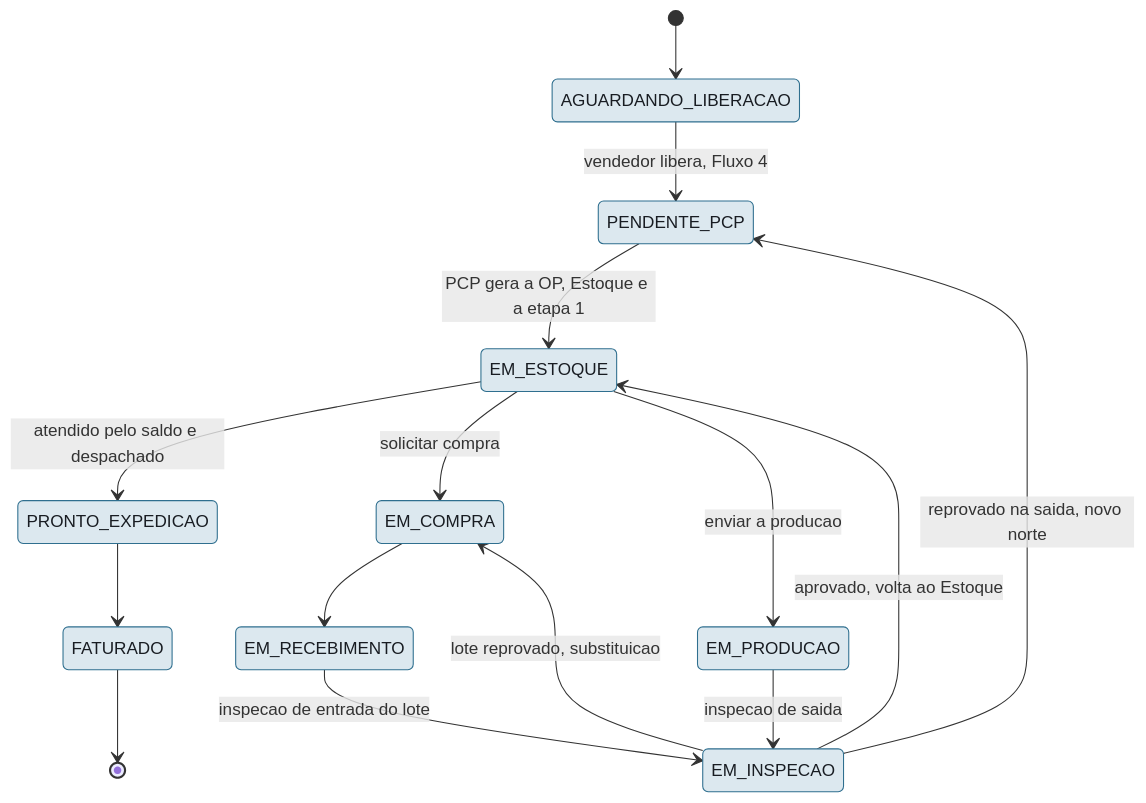
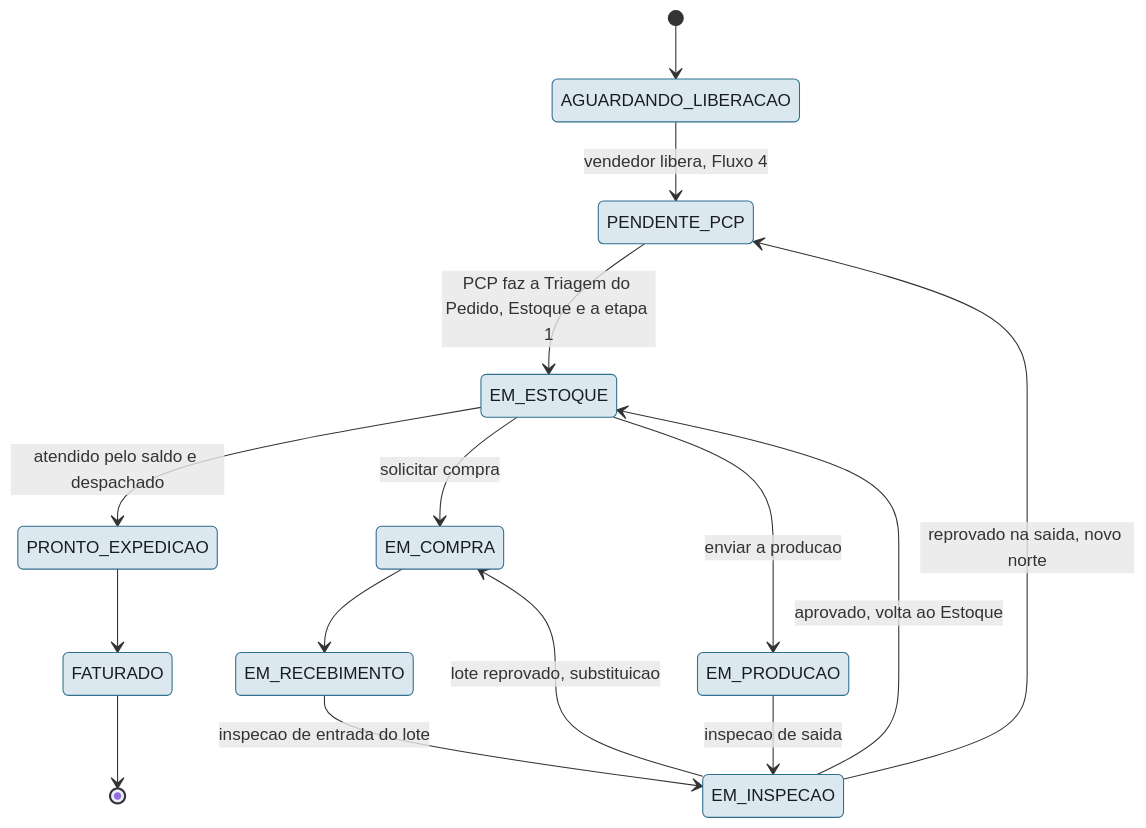
Diagram 14 of 31 in 04-Arquitetura-Transversal/Diagramas-UML.md (Acosvital/vault-avhub-mer), drawn with Mermaid before and after one commit. The commit also changed other lines of this file and 9 other files, not shown here.

First line of the commit message:
docs(vault): etapa do PCP passa a se chamar Triagem do Pedido; diagrama de atividades corrigido (confirmacao, laco de rodada, marcacao da Qualidade)

````diff
--- a/04-Arquitetura-Transversal/Diagramas-UML.md
+++ b/04-Arquitetura-Transversal/Diagramas-UML.md
@@ -910,20 +911,20 @@
 ```mermaid
 stateDiagram-v2
     [*] --> AGUARDANDO_LIBERACAO
     AGUARDANDO_LIBERACAO --> PENDENTE_PCP : vendedor libera, Fluxo 4
-    PENDENTE_PCP --> EM_ESTOQUE : PCP gera a OP, Estoque e a etapa 1
+    PENDENTE_PCP --> EM_ESTOQUE : PCP faz a Triagem do Pedido, Estoque e a etapa 1
     EM_ESTOQUE --> PRONTO_EXPEDICAO : atendido pelo saldo e despachado
     EM_ESTOQUE --> EM_COMPRA : solicitar compra
     EM_ESTOQUE --> EM_PRODUCAO : enviar a producao
     EM_COMPRA --> EM_RECEBIMENTO
     EM_RECEBIMENTO --> EM_INSPECAO : inspecao de entrada do lote
     EM_PRODUCAO --> EM_INSPECAO : inspecao de saida
     EM_INSPECAO --> EM_ESTOQUE : aprovado, volta ao Estoque
     EM_INSPECAO --> EM_COMPRA : lote reprovado, substituicao
     EM_INSPECAO --> PENDENTE_PCP : reprovado na saida, novo norte
     PRONTO_EXPEDICAO --> FATURADO
     FATURADO --> [*]
 
     classDef pcpStyle fill:#dce8ef,stroke:#2f6f8f,color:#181c22
     class AGUARDANDO_LIBERACAO,PENDENTE_PCP,EM_COMPRA,EM_PRODUCAO,EM_ESTOQUE,EM_RECEBIMENTO,EM_INSPECAO,PRONTO_EXPEDICAO,FATURADO pcpStyle
 ```
````
